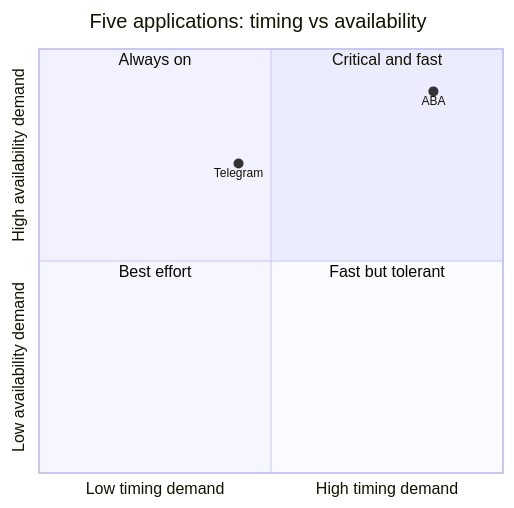
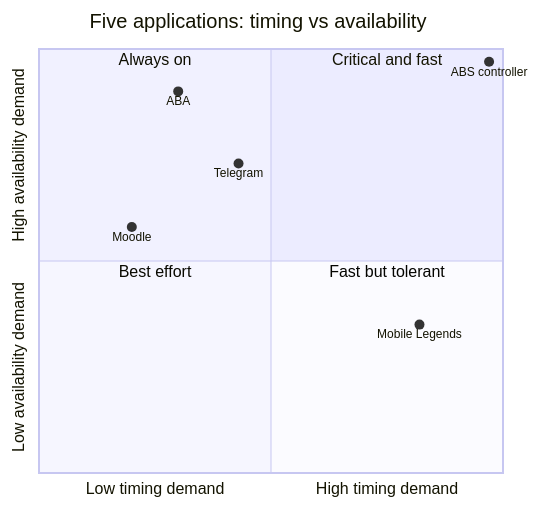
Before and after one commit to chungseang123-alt/clubhub-certifiedvibecoder: the diagram in lab-02/app-quadrant.mmd, drawn with Mermaid. The commit also changed 1 other file, not shown here.

Commit message:
Added moodle in the classification of applications, the biggest difference we found, fixes some error and added moodle, mobile legend:bang bang and abs controller to app quadrant.mmd

```diff
--- a/lab-02/app-quadrant.mmd
+++ b/lab-02/app-quadrant.mmd
@@ -1,11 +1,13 @@
 quadrantChart
   title Five applications: timing vs availability
   x-axis Low timing demand --> High timing demand
   y-axis Low availability demand --> High availability demand
   quadrant-1 Critical and fast
   quadrant-2 Always on
   quadrant-3 Best effort
   quadrant-4 Fast but tolerant
   Telegram: [0.43, 0.73]
-  ABA: [0.85, 0.90]
-  %% TODO: add the other four (values 0 to 1)
+  ABA: [0.30, 0.90]
+  Moodle: [0.20, 0.58]
+  Mobile Legends: [0.82, 0.35]
+  ABS controller: [0.97, 0.97]
```
